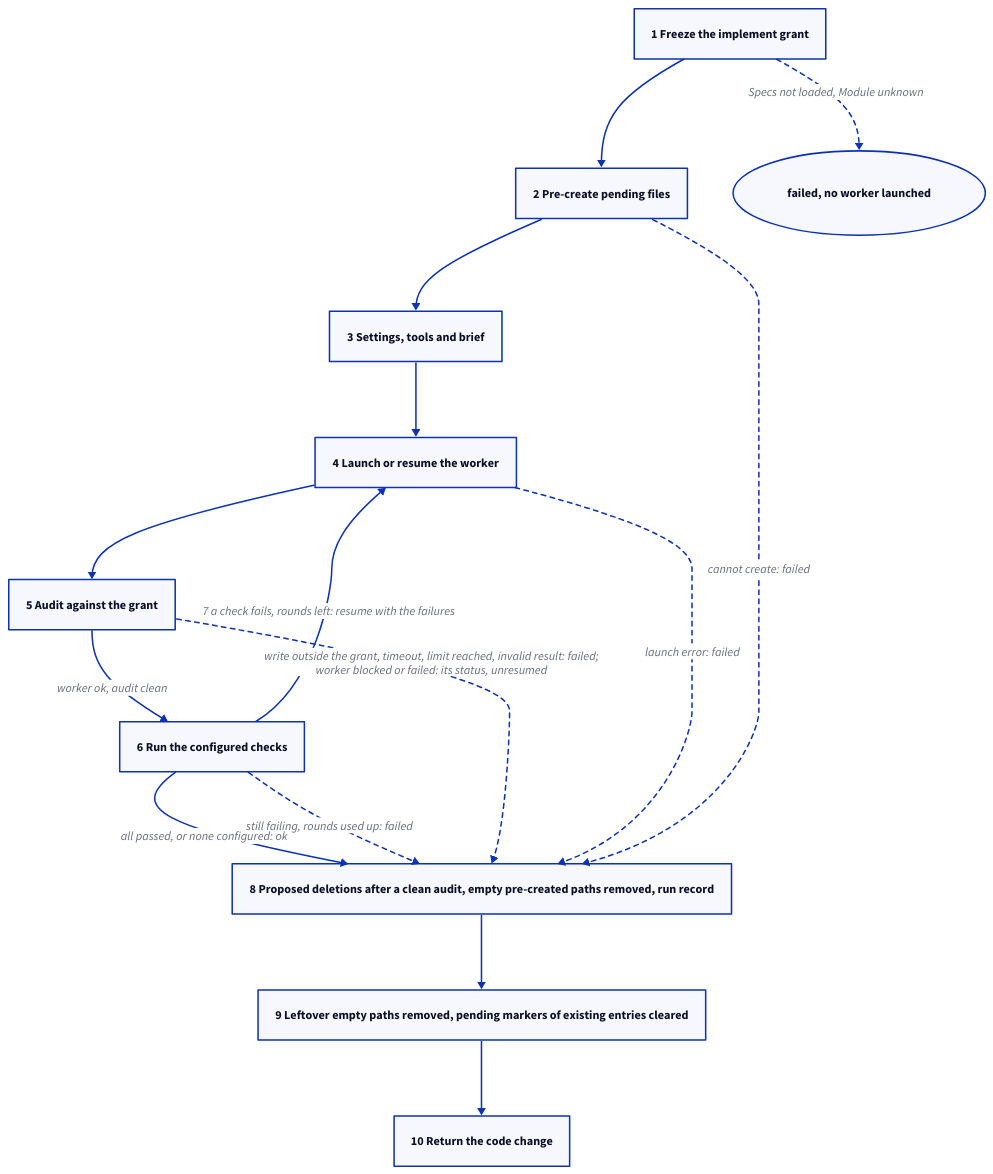
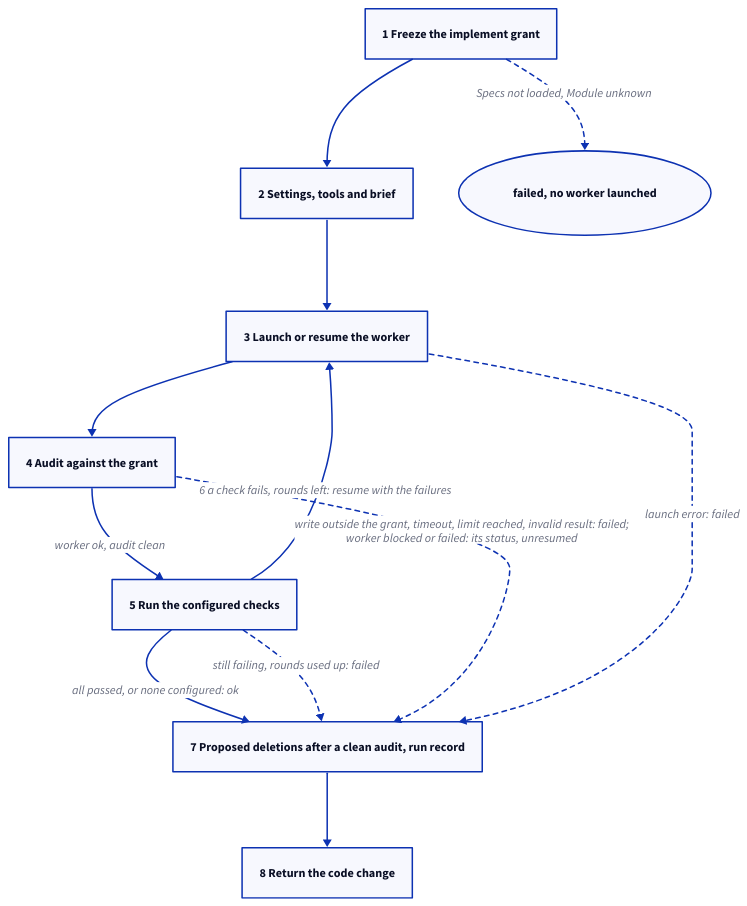
The second of 2 diagrams in specs/concorde/execution/operations/implementation/module.md (FTOD/concorde), drawn with D2 before and after one commit. The commit also changed other lines of this file and 128 other files, not shown here.

First line of the commit message:
Drop pending realization entries (Protocol 16); the task session prepares workers' files

````diff
--- a/specs/concorde/execution/operations/implementation/module.md
+++ b/specs/concorde/execution/operations/implementation/module.md
@@ -151,23 +148,20 @@
 ```d2 illustrative
 direction: down
 grant: 1 Freeze the implement grant
-precreate: 2 Pre-create pending files
-brief: 3 Settings, tools and brief
-launch: 4 Launch or resume the worker
-audit: 5 Audit against the grant
-checks: 6 Run the configured checks
-record: "8 Proposed deletions after a clean audit, empty pre-created paths removed, run record"
-markers: "9 Leftover empty paths removed, pending markers of existing entries cleared"
-output: 10 Return the code change
+brief: 2 Settings, tools and brief
+launch: 3 Launch or resume the worker
+audit: 4 Audit against the grant
+checks: 5 Run the configured checks
+record: "7 Proposed deletions after a clean audit, run record"
+output: 8 Return the code change
 stopped: "failed, no worker launched" {shape: oval}
-grant -> precreate -> brief -> launch -> audit
+grant -> brief -> launch -> audit
 audit -> checks: worker ok, audit clean
-launch <- checks: "7 a check fails, rounds left: resume with the failures"
+launch <- checks: "6 a check fails, rounds left: resume with the failures"
 checks -> record: "all passed, or none configured: ok"
 checks -> record: "still failing, rounds used up: failed" {style.stroke-dash: 3}
 audit -> record: "write outside the grant, timeout, limit reached, invalid result: failed;\nworker blocked or failed: its status, unresumed" {style.stroke-dash: 3}
 launch -> record: "launch error: failed" {style.stroke-dash: 3}
-precreate -> record: "cannot create: failed" {style.stroke-dash: 3}
 grant -> stopped: Specs not loaded, Module unknown {style.stroke-dash: 3}
-record -> markers -> output
+record -> output
 ```
````
